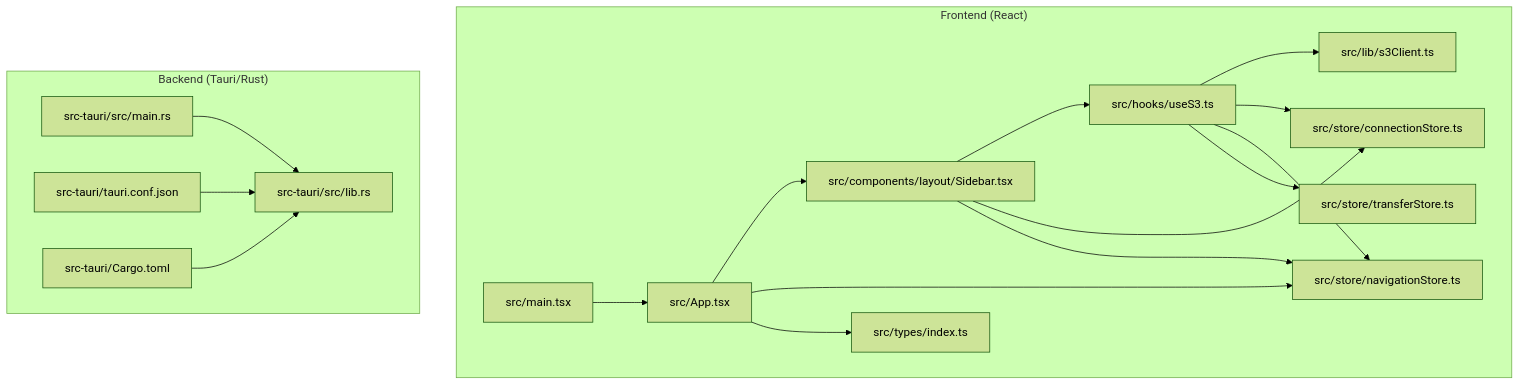
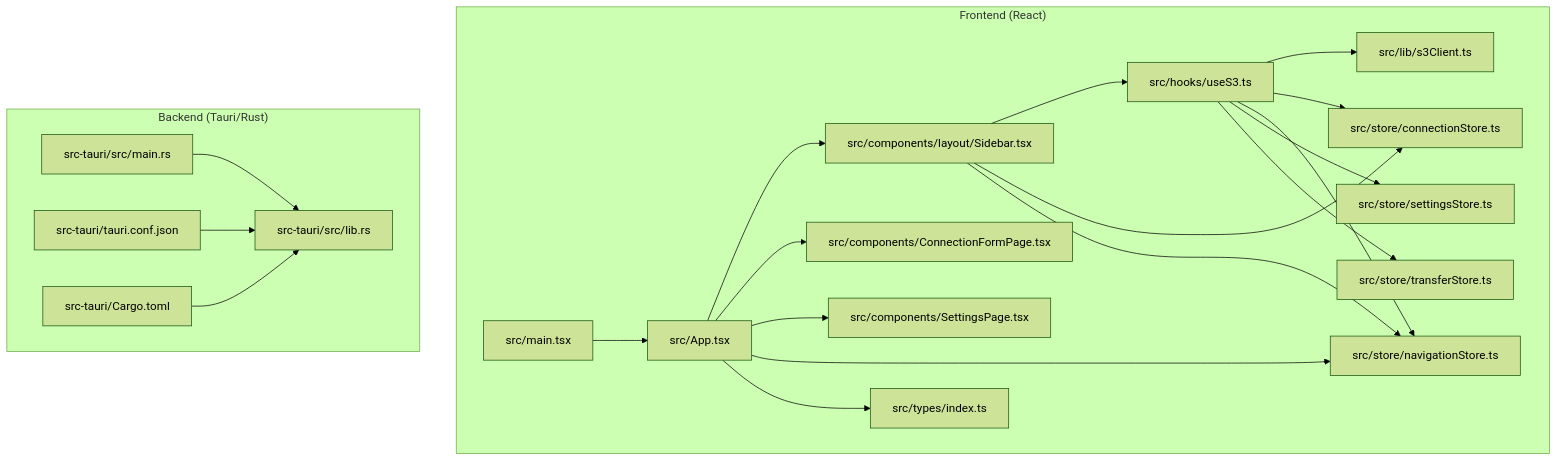
One commit to nasrulhadi/s3-explorer changed the first of 9 diagrams in .qoder/repowiki/en/content/Architecture Overview.md. Above: the diagram before and after it, drawn with Mermaid (forest theme). The commit also changed other lines of this file and 26 other files, not shown here.

````diff
--- a/.qoder/repowiki/en/content/Architecture Overview.md
+++ b/.qoder/repowiki/en/content/Architecture Overview.md
@@ -48,34 +63,40 @@
 ```mermaid
 graph TB
 subgraph "Frontend (React)"
 A_main["src/main.tsx"]
 A_app["src/App.tsx"]
 A_sidebar["src/components/layout/Sidebar.tsx"]
+A_form_page["src/components/ConnectionFormPage.tsx"]
+A_settings_page["src/components/SettingsPage.tsx"]
 A_hooks["src/hooks/useS3.ts"]
 A_client["src/lib/s3Client.ts"]
 A_store_conn["src/store/connectionStore.ts"]
 A_store_nav["src/store/navigationStore.ts"]
+A_store_settings["src/store/settingsStore.ts"]
 A_store_trans["src/store/transferStore.ts"]
 A_types["src/types/index.ts"]
 end
 subgraph "Backend (Tauri/Rust)"
 B_main["src-tauri/src/main.rs"]
 B_lib["src-tauri/src/lib.rs"]
 B_conf["src-tauri/tauri.conf.json"]
 B_cargo["src-tauri/Cargo.toml"]
 end
 A_main --> A_app
 A_app --> A_sidebar
+A_app --> A_form_page
+A_app --> A_settings_page
 A_sidebar --> A_hooks
 A_hooks --> A_client
 A_hooks --> A_store_conn
 A_hooks --> A_store_nav
+A_hooks --> A_store_settings
 A_hooks --> A_store_trans
 A_app --> A_store_nav
 A_sidebar --> A_store_conn
 A_sidebar --> A_store_nav
 A_app --> A_types
 B_main --> B_lib
 B_conf --> B_lib
 B_cargo --> B_lib
 ```
````
